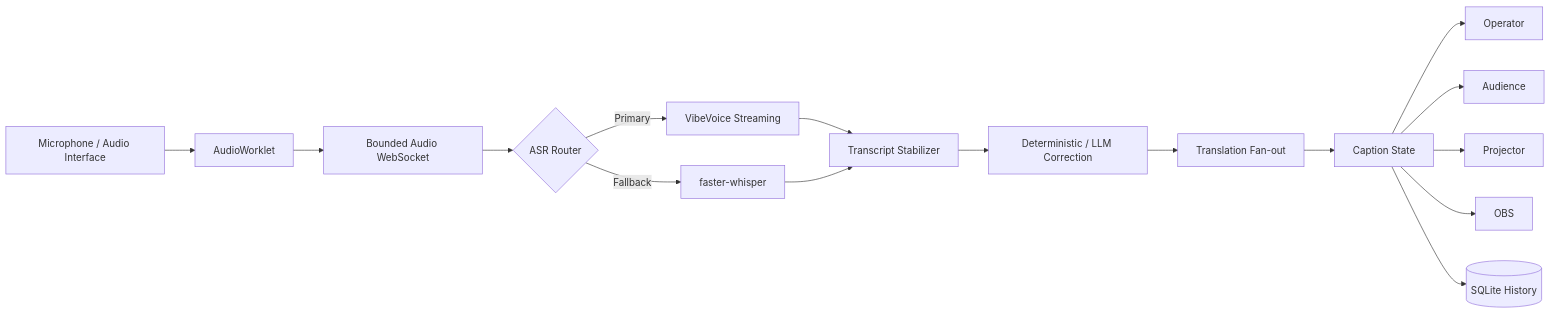
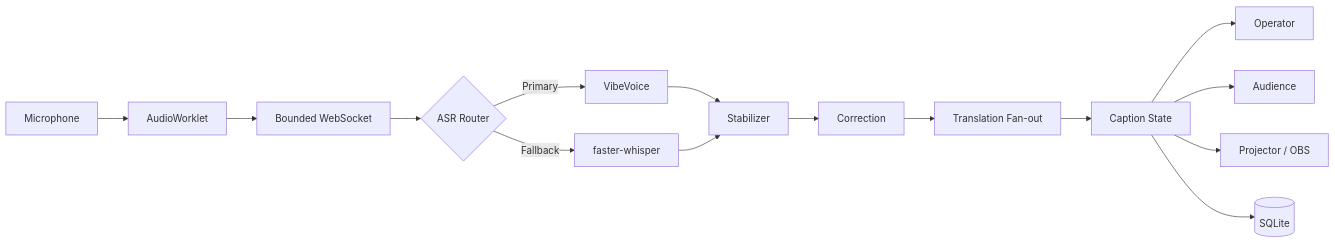
One commit to JDeun/LangTextFlow changed the diagram in README.md. Above: the diagram before and after it, drawn with Mermaid. The commit also changed other lines of this file and 48 other files, not shown here.

````diff
--- a/README.md
+++ b/README.md
@@ -41,18 +167,17 @@
 ```mermaid
 flowchart LR
-    A[Microphone / Audio Interface] --> B[AudioWorklet]
-    B --> C[Bounded Audio WebSocket]
+    A[Microphone] --> B[AudioWorklet]
+    B --> C[Bounded WebSocket]
     C --> D{ASR Router}
-    D -->|Primary| E[VibeVoice Streaming]
+    D -->|Primary| E[VibeVoice]
     D -->|Fallback| F[faster-whisper]
-    E --> G[Transcript Stabilizer]
+    E --> G[Stabilizer]
     F --> G
-    G --> H[Deterministic / LLM Correction]
+    G --> H[Correction]
     H --> I[Translation Fan-out]
     I --> J[Caption State]
     J --> K[Operator]
     J --> L[Audience]
-    J --> M[Projector]
-    J --> N[OBS]
-    J --> O[(SQLite History)]
+    J --> M[Projector / OBS]
+    J --> N[(SQLite)]
 ```
````
